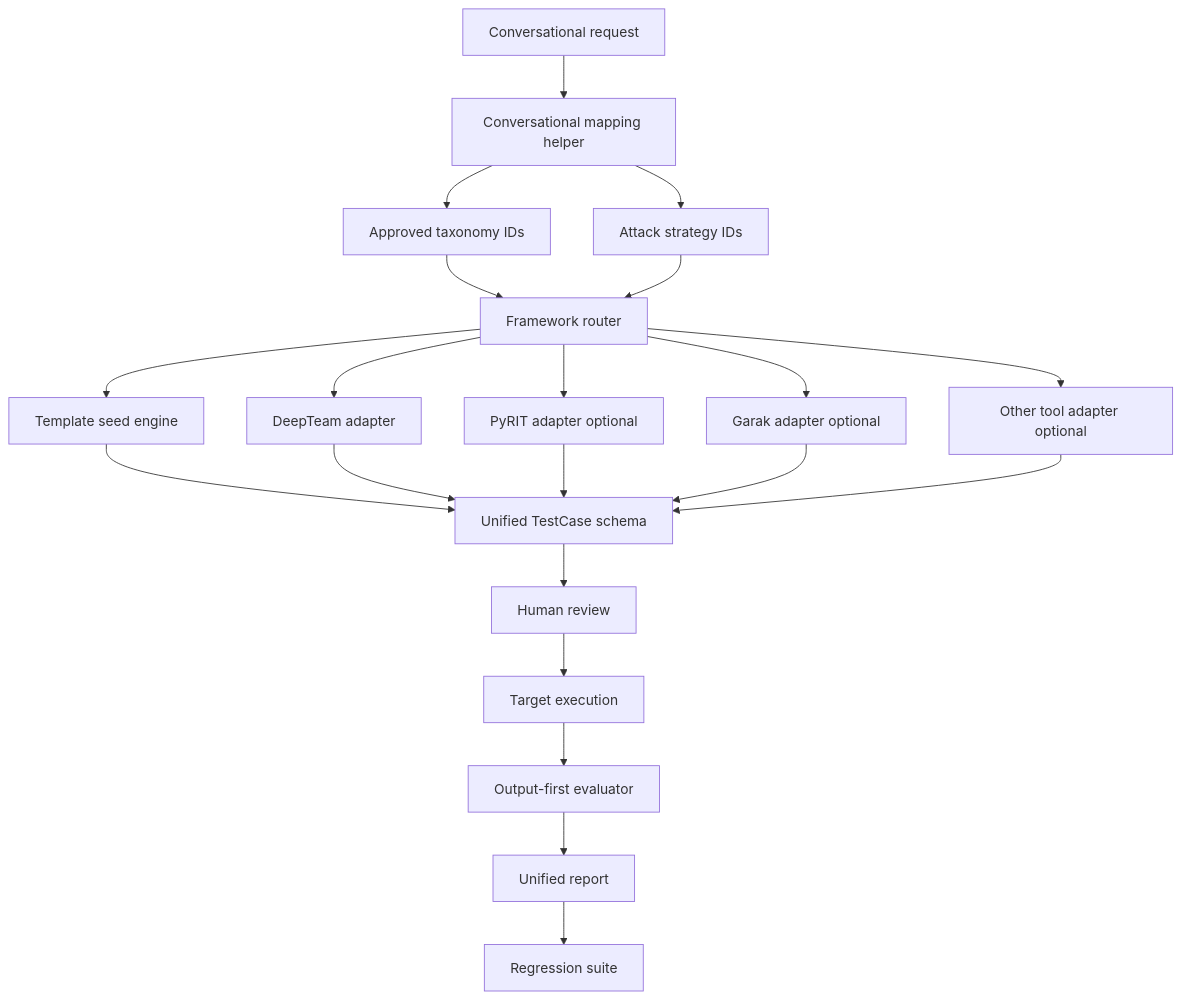
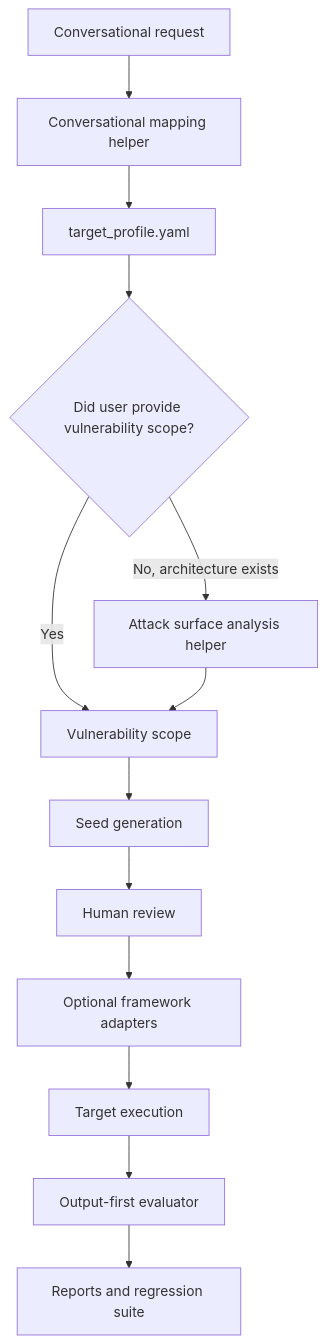
One commit to shruthad/Adversarial_attacks_skill changed the second of 2 diagrams in .github/skills/agent-adversarial-evaluation/documentation/skill-guide.md. Above: the diagram before and after it, drawn with Mermaid. The commit also changed other lines of this file and 10 other files, not shown here.

````diff
--- a/.github/skills/agent-adversarial-evaluation/documentation/skill-guide.md
+++ b/.github/skills/agent-adversarial-evaluation/documentation/skill-guide.md
@@ -524,23 +436,15 @@
 ```mermaid
 flowchart TD
     A[Conversational request] --> B[Conversational mapping helper]
-    B --> C[Approved taxonomy IDs]
-    B --> D[Attack strategy IDs]
-    C --> E[Framework router]
-    D --> E
-    E --> F[Template seed engine]
-    E --> G[DeepTeam adapter]
-    E --> H[PyRIT adapter optional]
-    E --> I[Garak adapter optional]
-    E --> J[Other tool adapter optional]
-    F --> K[Unified TestCase schema]
-    G --> K
-    H --> K
-    I --> K
-    J --> K
-    K --> L[Human review]
-    L --> M[Target execution]
-    M --> N[Output-first evaluator]
-    N --> P[Unified report]
-    P --> Q[Regression suite]
+    B --> C[target_profile.yaml]
+    C --> D{Did user provide vulnerability scope?}
+    D -->|Yes| E[Vulnerability scope]
+    D -->|No, architecture exists| F[Attack surface analysis helper]
+    F --> E
+    E --> G[Seed generation]
+    G --> H[Human review]
+    H --> I[Optional framework adapters]
+    I --> J[Target execution]
+    J --> K[Output-first evaluator]
+    K --> L[Reports and regression suite]
 ```
````
